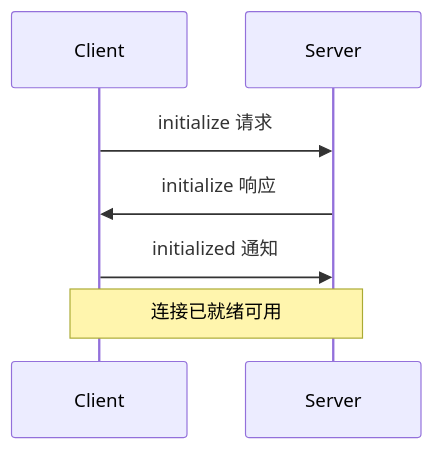
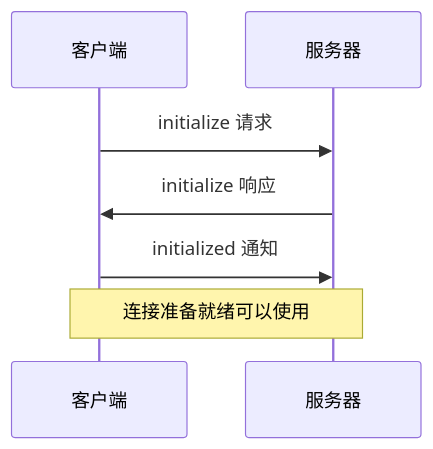
Before and after one commit to yfme/mcp-docs-zh: the second of 2 diagrams in docs/concepts/architecture.mdx, drawn with Mermaid. The commit also changed other lines of this file and 70 other files, not shown here.

````diff
--- a/docs/concepts/architecture.mdx
+++ b/docs/concepts/architecture.mdx
@@ -154,11 +154,11 @@
 ```mermaid
 sequenceDiagram
-    participant Client
-    participant Server
+    participant 客户端
+    participant 服务器
 
-    Client->>Server: initialize 请求
-    Server->>Client: initialize 响应
-    Client->>Server: initialized 通知
+    客户端->>服务器: initialize 请求
+    服务器->>客户端: initialize 响应
+    客户端->>服务器: initialized 通知
 
-    Note over Client,Server: 连接已就绪可用
+    Note over 客户端,服务器: 连接准备就绪可以使用
 ```
````
